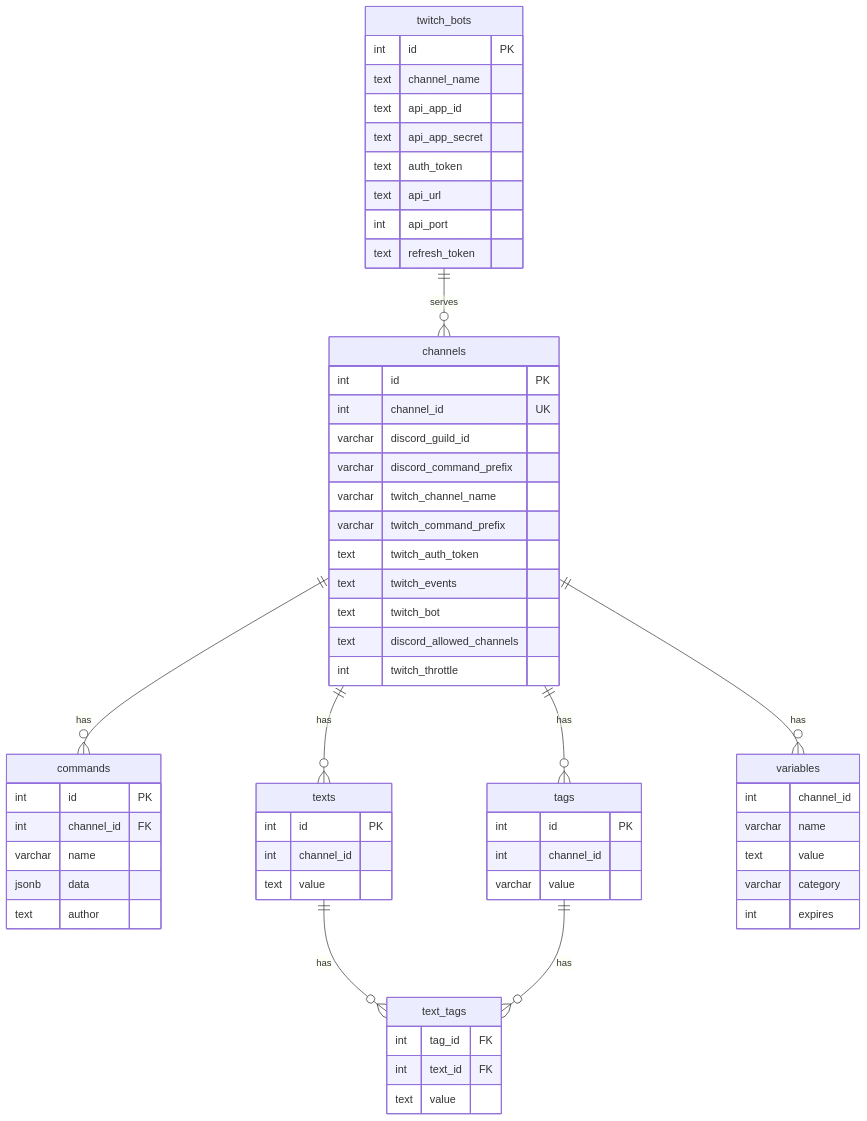
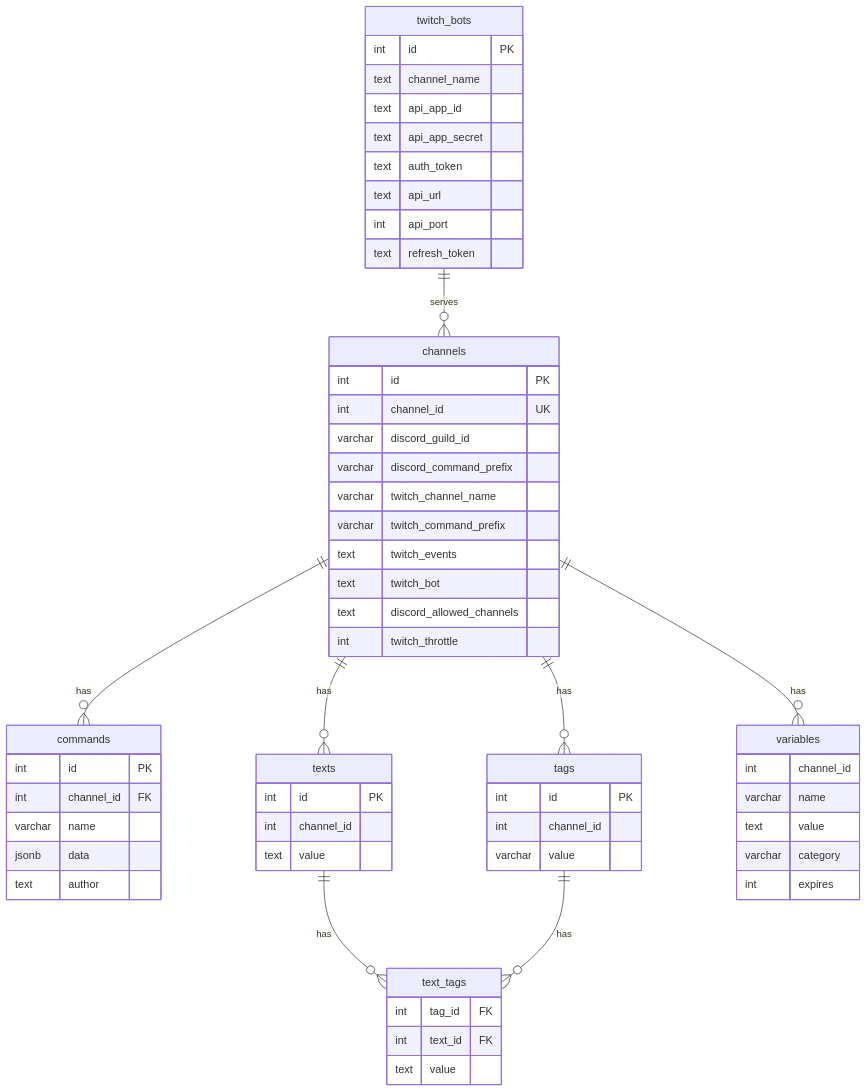
One commit to metaflow/moon-rabbit changed the third of 3 diagrams in docs/architecture.md. Above: the diagram before and after it, drawn with Mermaid. The commit also changed other lines of this file and 2 other files, not shown here.

````diff
--- a/docs/architecture.md
+++ b/docs/architecture.md
@@ -105,69 +105,68 @@
 ```mermaid
 erDiagram
     channels {
         int id PK
         int channel_id UK
         varchar discord_guild_id
         varchar discord_command_prefix
         varchar twitch_channel_name
         varchar twitch_command_prefix
-        text twitch_auth_token
         text twitch_events
         text twitch_bot
         text discord_allowed_channels
         int twitch_throttle
     }
 
     commands {
         int id PK
         int channel_id FK
         varchar name
         jsonb data
         text author
     }
 
     texts {
         int id PK
         int channel_id
         text value
     }
 
     tags {
         int id PK
         int channel_id
         varchar value
     }
 
     text_tags {
         int tag_id FK
         int text_id FK
         text value
     }
 
     variables {
         int channel_id
         varchar name
         text value
         varchar category
         int expires
     }
 
     twitch_bots {
         int id PK
         text channel_name
         text api_app_id
         text api_app_secret
         text auth_token
         text api_url
         int api_port
         text refresh_token
     }
 
     channels ||--o{ commands : "has"
     channels ||--o{ texts : "has"
     channels ||--o{ tags : "has"
     channels ||--o{ variables : "has"
     texts ||--o{ text_tags : "has"
     tags ||--o{ text_tags : "has"
     twitch_bots ||--o{ channels : "serves"
 ```
````
